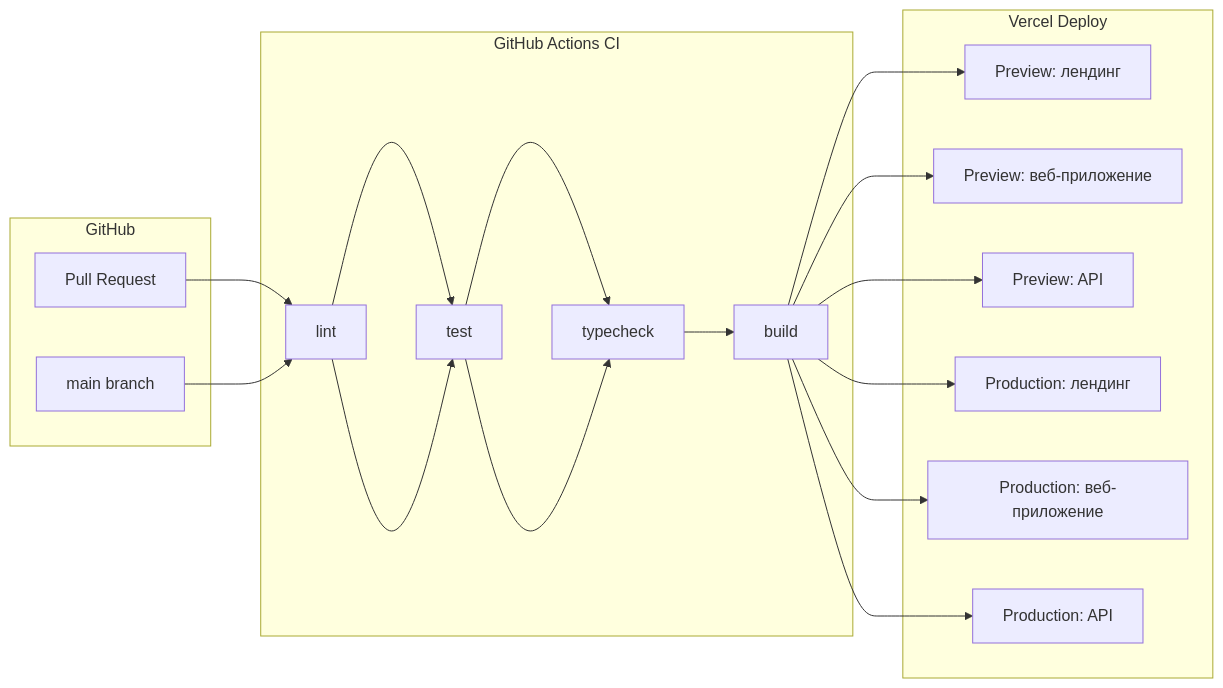
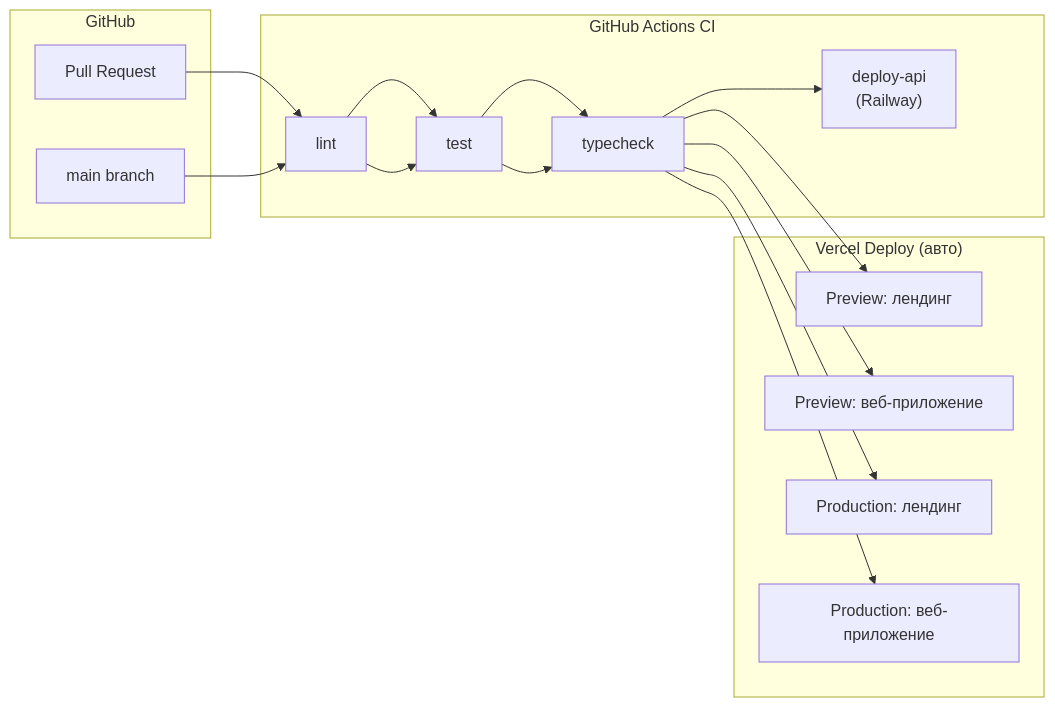
The second of 2 diagrams in docs/DEPLOYMENT.md (vadagama/jazz-trainer), drawn with Mermaid before and after one commit. The commit also changed other lines of this file and 27 other files, not shown here.

````diff
--- a/docs/DEPLOYMENT.md
+++ b/docs/DEPLOYMENT.md
@@ -198,37 +205,29 @@
 ```mermaid
 graph LR
     subgraph github["GitHub"]
         PR["Pull Request"]
         MAIN["main branch"]
     end
 
     subgraph ci["GitHub Actions CI"]
         LINT["lint"]
         TEST["test"]
         TYPECHECK["typecheck"]
-        BUILD["build"]
+        DEPLOY_API["deploy-api<br/>(Railway)"]
     end
 
-    subgraph vercel_deploy["Vercel Deploy"]
+    subgraph vercel_deploy["Vercel Deploy (авто)"]
         PREV_LANDING["Preview: лендинг"]
         PREV_STUDIO["Preview: веб-приложение"]
-        PREV_API["Preview: API"]
         PROD_LANDING["Production: лендинг"]
         PROD_STUDIO["Production: веб-приложение"]
-        PROD_API["Production: API"]
     end
 
-    PR --> LINT
-    LINT --> TEST
-    TEST --> TYPECHECK
-    TYPECHECK --> BUILD
-    BUILD --> PREV_LANDING
-    BUILD --> PREV_STUDIO
-    BUILD --> PREV_API
-    MAIN --> LINT
-    LINT --> TEST
-    TEST --> TYPECHECK
-    BUILD --> PROD_LANDING
-    BUILD --> PROD_STUDIO
-    BUILD --> PROD_API
+    PR --> LINT --> TEST --> TYPECHECK
+    TYPECHECK --> PREV_LANDING
+    TYPECHECK --> PREV_STUDIO
+    MAIN --> LINT --> TEST --> TYPECHECK
+    TYPECHECK --> DEPLOY_API
+    TYPECHECK --> PROD_LANDING
+    TYPECHECK --> PROD_STUDIO
 ```
````
